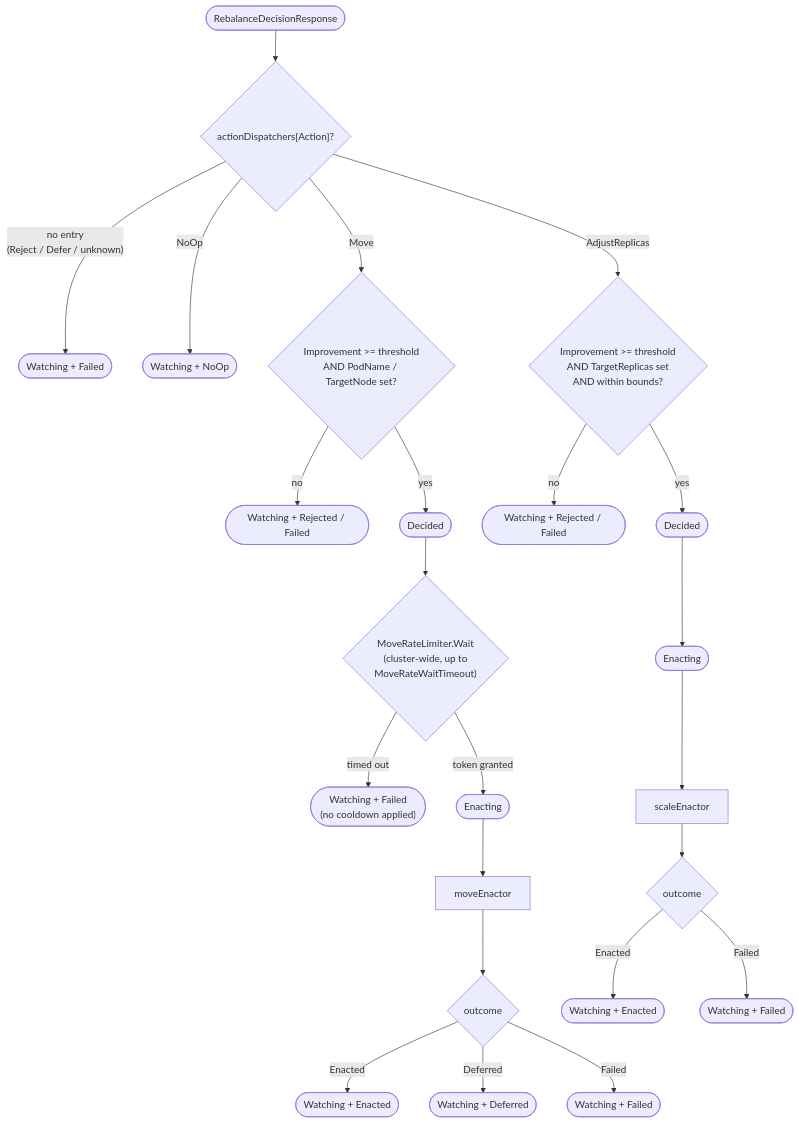
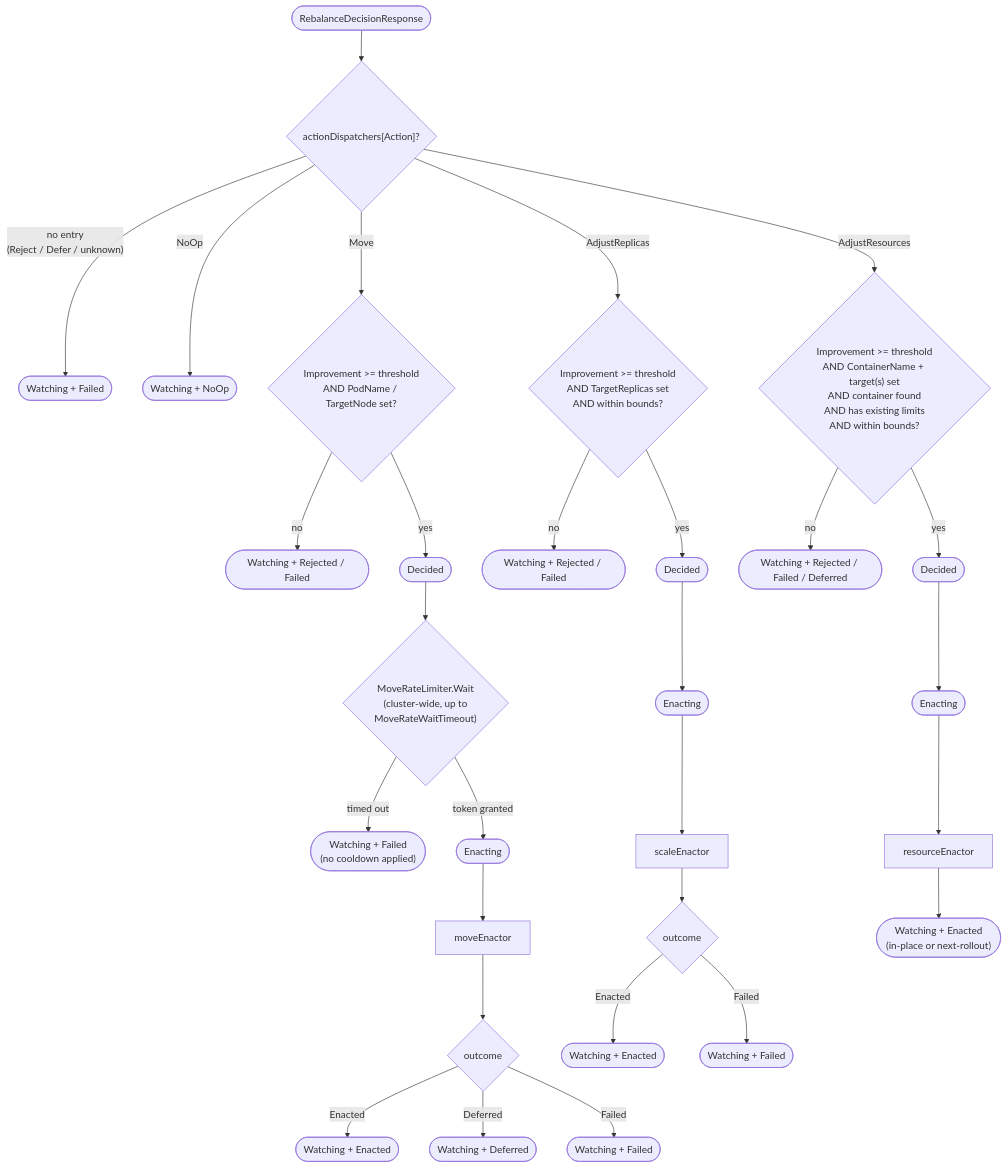
One commit to HIRO-MicroDataCenters-BV/hiro-adaptive-orchestrator changed the eighth of 29 diagrams in internal/rebalance/README.md. Above: the diagram before and after it, drawn with Mermaid. The commit also changed other lines of this file and 11 other files, not shown here.

Commit message:
Add AdjustResources enactor for the rebalance engine: patches a named container's CPU/Memory on the workload template, with best-effort in-place resize via the K8s 1.27+ resize subresource and a guardrail that defers workloads with no existing resource limits instead of imposing new ones.

````diff
--- a/internal/rebalance/README.md
+++ b/internal/rebalance/README.md
@@ -349,23 +354,28 @@
 ```mermaid
 flowchart TD
     Resp(["RebalanceDecisionResponse"]) --> Reg{"actionDispatchers[Action]?"}
     Reg -- "no entry<br/>(Reject / Defer / unknown)" --> F1(["Watching + Failed"])
     Reg -- NoOp --> N1(["Watching + NoOp"])
     Reg -- Move --> G{"Improvement >= threshold<br/>AND PodName / TargetNode set?"}
     G -- no --> Rej(["Watching + Rejected / Failed"])
     G -- yes --> D(["Decided"])
     D --> RL{"MoveRateLimiter.Wait<br/>(cluster-wide, up to<br/>MoveRateWaitTimeout)"}
     RL -- "timed out" --> RLF(["Watching + Failed<br/>(no cooldown applied)"])
     RL -- "token granted" --> Enacting(["Enacting"]) --> ME["moveEnactor"]
     ME --> Out{"outcome"}
     Out -- Enacted --> W1(["Watching + Enacted"])
     Out -- Deferred --> W2(["Watching + Deferred"])
     Out -- Failed --> W3(["Watching + Failed"])
 
     Reg -- AdjustReplicas --> G2{"Improvement >= threshold<br/>AND TargetReplicas set<br/>AND within bounds?"}
     G2 -- no --> Rej2(["Watching + Rejected / Failed"])
     G2 -- yes --> D2(["Decided"]) --> Enacting2(["Enacting"]) --> SE["scaleEnactor"]
     SE --> Out2{"outcome"}
     Out2 -- Enacted --> W4(["Watching + Enacted"])
     Out2 -- Failed --> W5(["Watching + Failed"])
+
+    Reg -- AdjustResources --> G3{"Improvement >= threshold<br/>AND ContainerName + target(s) set<br/>AND container found<br/>AND has existing limits<br/>AND within bounds?"}
+    G3 -- no --> Rej3(["Watching + Rejected / Failed / Deferred"])
+    G3 -- yes --> D3(["Decided"]) --> Enacting3(["Enacting"]) --> RE["resourceEnactor"]
+    RE --> Out3(["Watching + Enacted<br/>(in-place or next-rollout)"])
 ```
````
